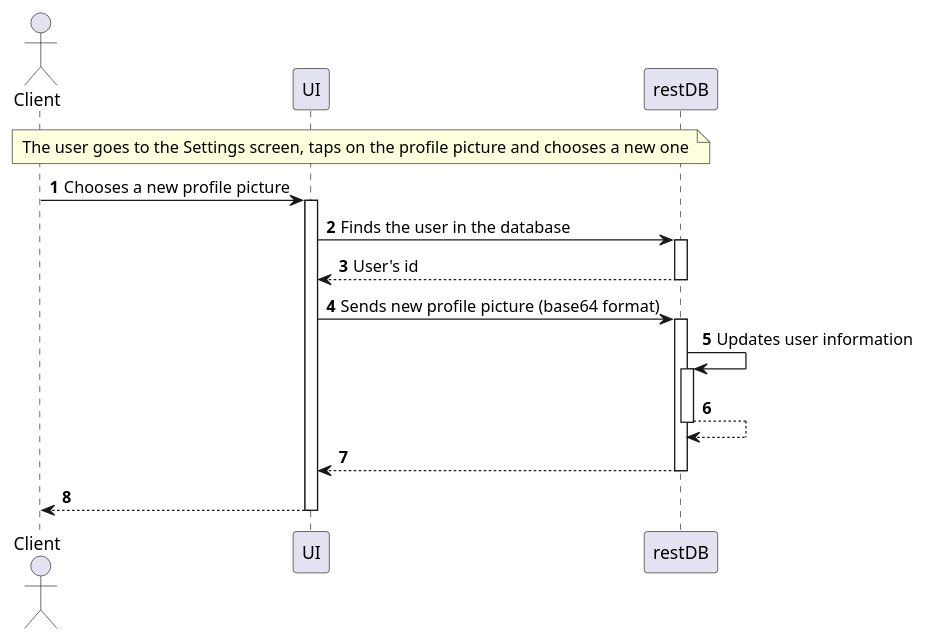
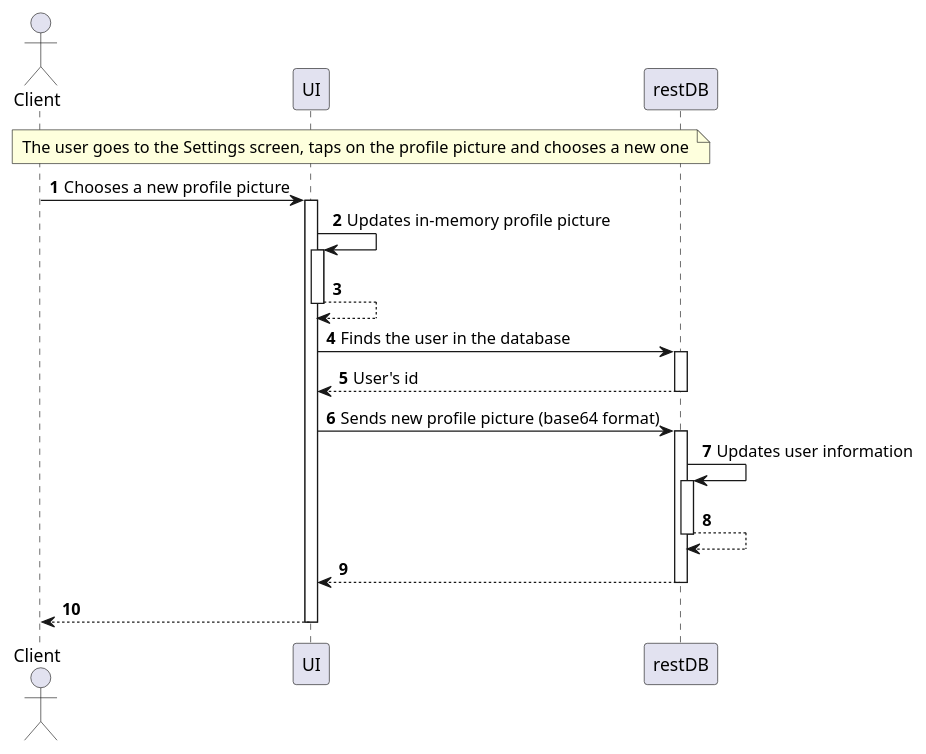
Before and after one commit to 8126Lucas/DSSMV_ProjectReact_1241131_1241008: the diagram in UMLs/puml/System Sequence Diagram/UCSS-SSD/UCSS1-SSD.puml, drawn with PlantUML. The commit also changed 15 other files, not shown here.

```diff
--- a/UMLs/puml/System Sequence Diagram/UCSS-SSD/UCSS1-SSD.puml
+++ b/UMLs/puml/System Sequence Diagram/UCSS-SSD/UCSS1-SSD.puml
@@ -1,22 +1,24 @@
 @startuml
 'https://plantuml.com/sequence-diagram
 
 autonumber
 autoactivate on
 
 Actor "Client" as client
 participant "UI" as ui
 participant "restDB" as restdb
 
 note over client, restdb: The user goes to the Settings screen, taps on the profile picture and chooses a new one
 
 client -> ui: Chooses a new profile picture
+    ui -> ui: Updates in-memory profile picture
+    ui --> ui
     ui -> restdb: Finds the user in the database
     restdb --> ui: User's id
     ui -> restdb: Sends new profile picture (base64 format)
         restdb -> restdb: Updates user information
         restdb --> restdb
     restdb --> ui
 ui --> client
 
 @enduml
```
